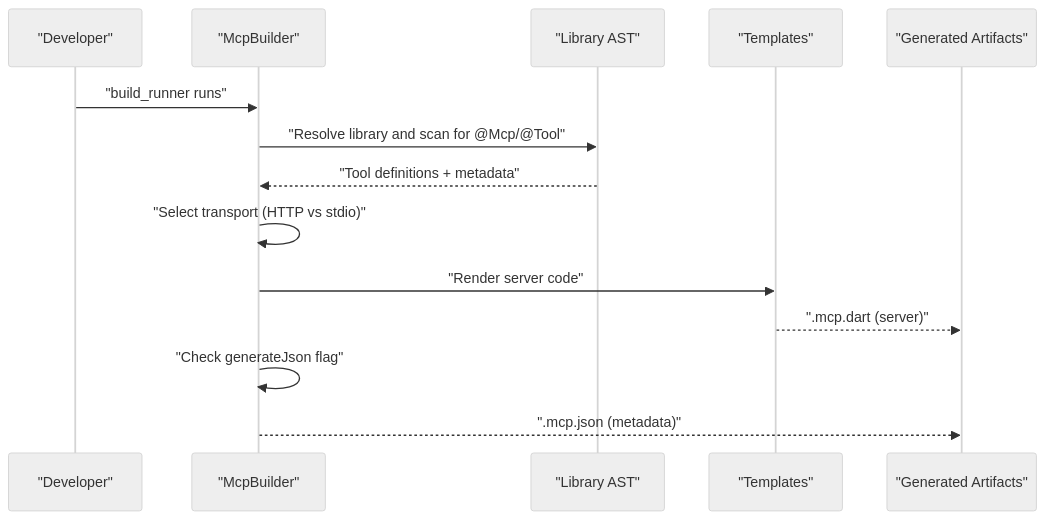
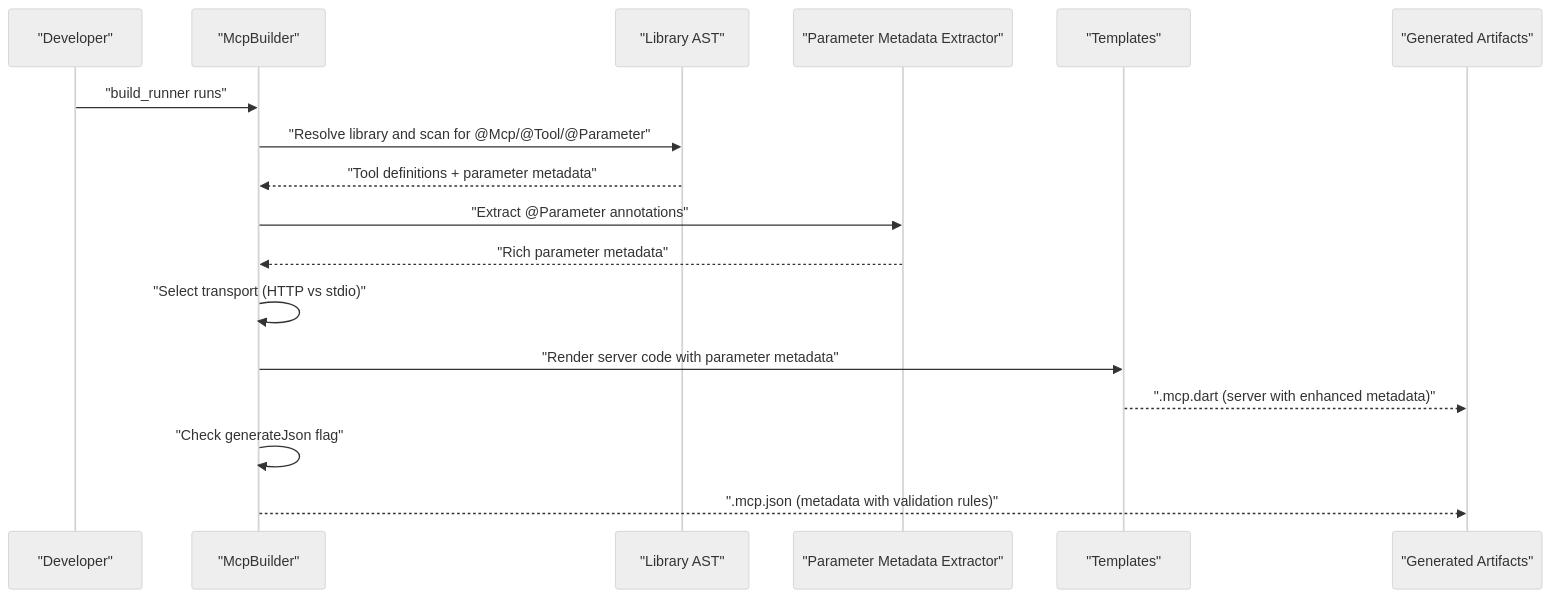
One commit to cdavis-code/easy_mcp_workspace changed the second of 3 diagrams in .qoder/repowiki/en/content/Annotations Reference/Annotations Reference.md. Above: the diagram before and after it, drawn with Mermaid (neutral theme). The commit also changed other lines of this file and 4 other files, not shown here.

````diff
--- a/.qoder/repowiki/en/content/Annotations Reference/Annotations Reference.md
+++ b/.qoder/repowiki/en/content/Annotations Reference/Annotations Reference.md
@@ -116,16 +149,19 @@
 ```mermaid
 sequenceDiagram
 participant Dev as "Developer"
 participant Gen as "McpBuilder"
 participant Lib as "Library AST"
+participant ParamMeta as "Parameter Metadata Extractor"
 participant Tmpl as "Templates"
 participant Out as "Generated Artifacts"
 Dev->>Gen : "build_runner runs"
-Gen->>Lib : "Resolve library and scan for @Mcp/@Tool"
-Lib-->>Gen : "Tool definitions + metadata"
+Gen->>Lib : "Resolve library and scan for @Mcp/@Tool/@Parameter"
+Lib-->>Gen : "Tool definitions + parameter metadata"
+Gen->>ParamMeta : "Extract @Parameter annotations"
+ParamMeta-->>Gen : "Rich parameter metadata"
 Gen->>Gen : "Select transport (HTTP vs stdio)"
-Gen->>Tmpl : "Render server code"
-Tmpl-->>Out : ".mcp.dart (server)"
+Gen->>Tmpl : "Render server code with parameter metadata"
+Tmpl-->>Out : ".mcp.dart (server with enhanced metadata)"
 Gen->>Gen : "Check generateJson flag"
-Gen-->>Out : ".mcp.json (metadata)"
+Gen-->>Out : ".mcp.json (metadata with validation rules)"
 ```
````
